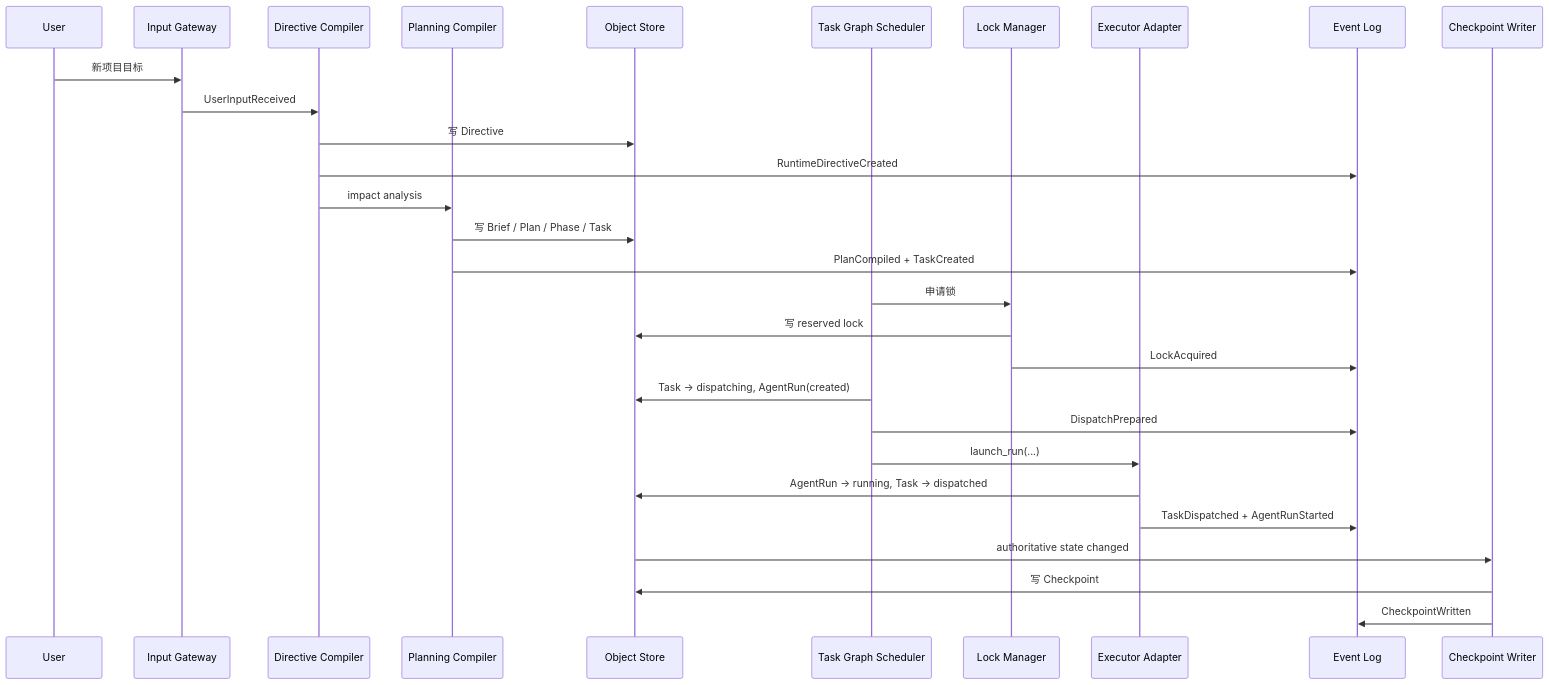
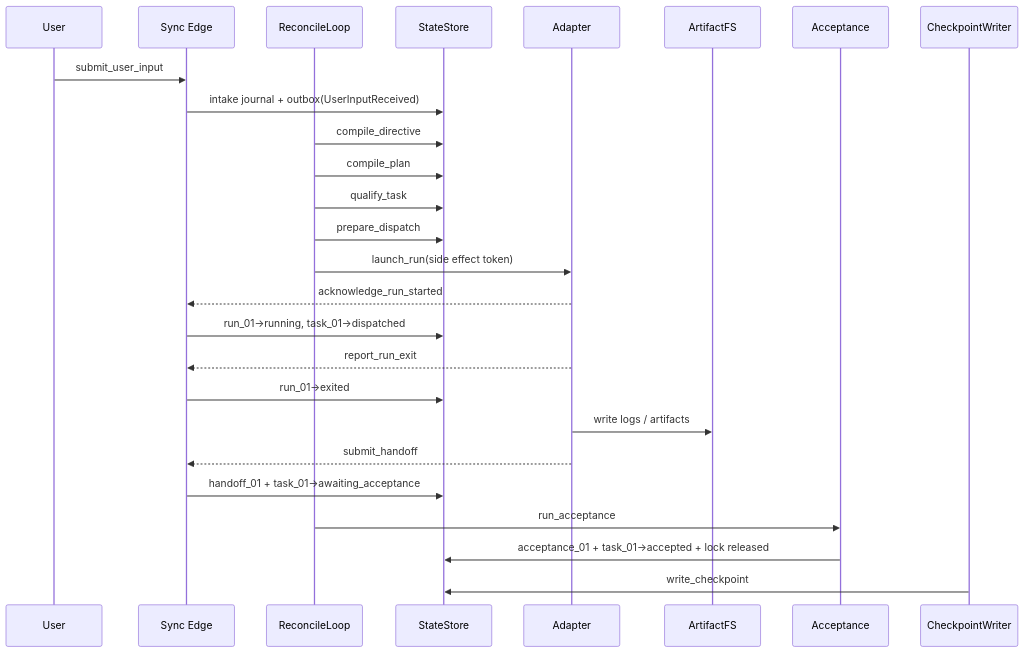
One commit to leeson1/Hive-Design changed the first of 4 diagrams in docs/07-reliability/09-End-to-End-Sequence-Scenarios.md. Above: the diagram before and after it, drawn with Mermaid. The commit also changed other lines of this file and 21 other files, not shown here.

````diff
--- a/docs/07-reliability/09-End-to-End-Sequence-Scenarios.md
+++ b/docs/07-reliability/09-End-to-End-Sequence-Scenarios.md
@@ -74,32 +115,29 @@
 ```mermaid
 sequenceDiagram
     participant U as User
-    participant IG as Input Gateway
-    participant DC as Directive Compiler
-    participant PC as Planning Compiler
-    participant OSS as Object Store
-    participant TGS as Task Graph Scheduler
-    participant LM as Lock Manager
-    participant EAL as Executor Adapter
-    participant EL as Event Log
-    participant CW as Checkpoint Writer
+    participant E as Sync Edge
+    participant R as ReconcileLoop
+    participant DB as StateStore
+    participant AD as Adapter
+    participant FS as ArtifactFS
+    participant AC as Acceptance
+    participant CP as CheckpointWriter
 
-    U->>IG: 新项目目标
-    IG->>DC: UserInputReceived
-    DC->>OSS: 写 Directive
-    DC->>EL: RuntimeDirectiveCreated
-    DC->>PC: impact analysis
-    PC->>OSS: 写 Brief / Plan / Phase / Task
-    PC->>EL: PlanCompiled + TaskCreated
-    TGS->>LM: 申请锁
-    LM->>OSS: 写 reserved lock
-    LM->>EL: LockAcquired
-    TGS->>OSS: Task -> dispatching, AgentRun(created)
-    TGS->>EL: DispatchPrepared
-    TGS->>EAL: launch_run(...)
-    EAL->>OSS: AgentRun -> running, Task -> dispatched
-    EAL->>EL: TaskDispatched + AgentRunStarted
-    OSS->>CW: authoritative state changed
-    CW->>OSS: 写 Checkpoint
-    CW->>EL: CheckpointWritten
+    U->>E: submit_user_input
+    E->>DB: intake journal + outbox(UserInputReceived)
+    R->>DB: compile_directive
+    R->>DB: compile_plan
+    R->>DB: qualify_task
+    R->>DB: prepare_dispatch
+    R->>AD: launch_run(side effect token)
+    AD-->>E: acknowledge_run_started
+    E->>DB: run_01->running, task_01->dispatched
+    AD-->>E: report_run_exit
+    E->>DB: run_01->exited
+    AD->>FS: write logs / artifacts
+    AD-->>E: submit_handoff
+    E->>DB: handoff_01 + task_01->awaiting_acceptance
+    R->>AC: run_acceptance
+    AC->>DB: acceptance_01 + task_01->accepted + lock released
+    CP->>DB: write_checkpoint
 ```
````
